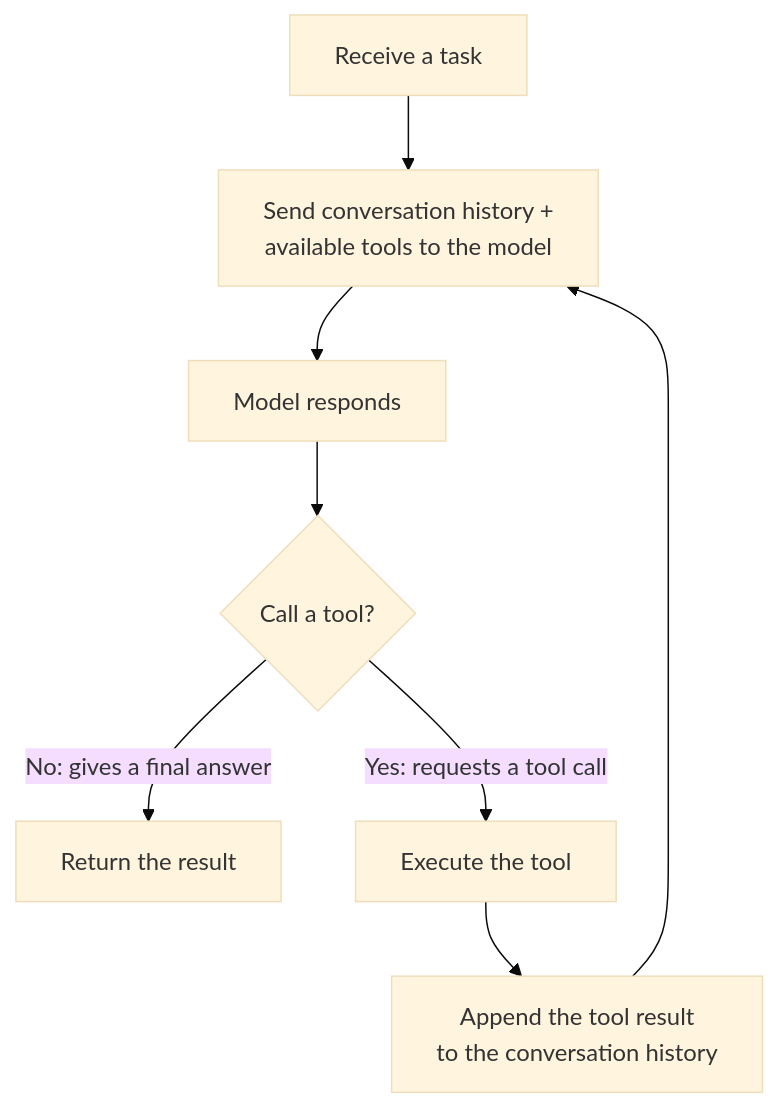
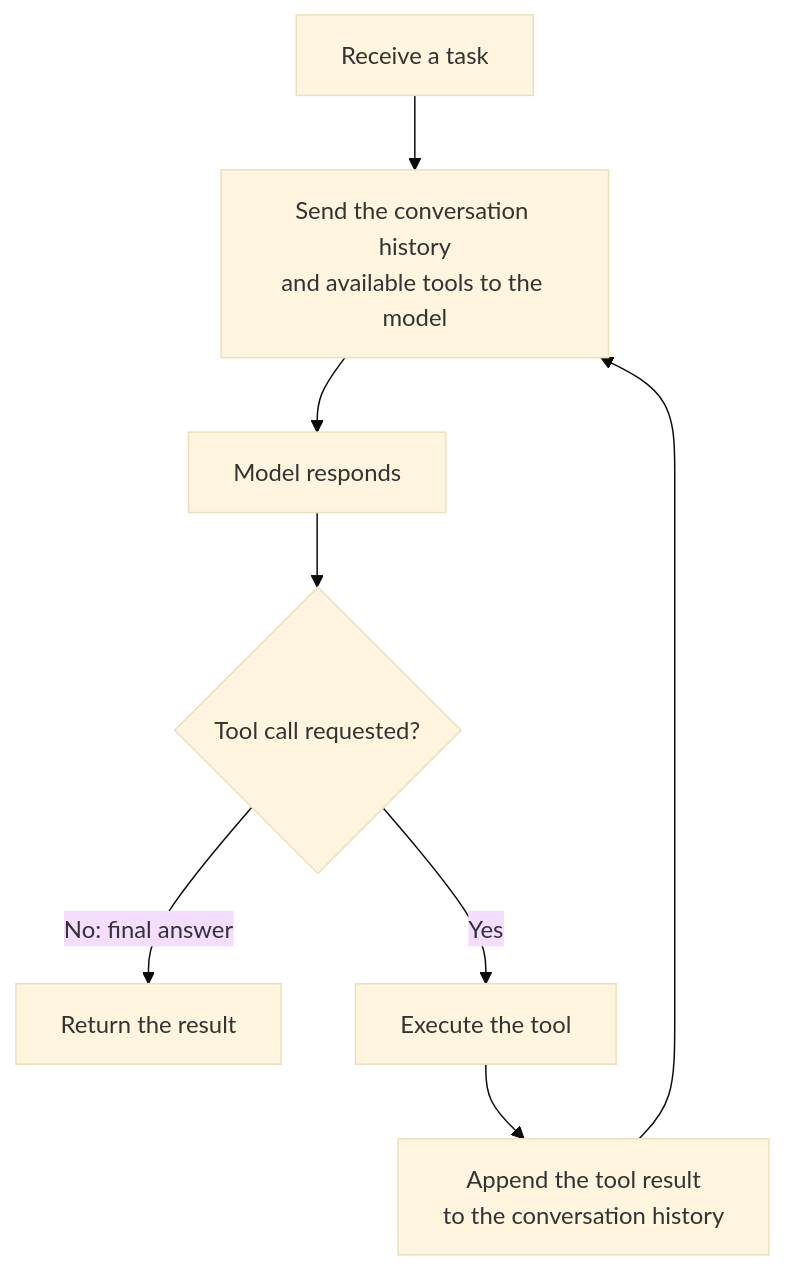
One commit to golang-design/under-the-hood changed the diagram in book/en-us/part6hetero/ch21agent/loop.md. Above: the diagram before and after it, drawn with Mermaid (base theme). The commit also changed other lines of this file and 18 other files, not shown here.

````diff
--- a/book/en-us/part6hetero/ch21agent/loop.md
+++ b/book/en-us/part6hetero/ch21agent/loop.md
@@ -14,10 +44,10 @@
 ```mermaid
 flowchart TD
-    start["Receive a task"] --> ctx["Send conversation history +<br/>available tools to the model"]
+    start["Receive a task"] --> ctx["Send the conversation history<br/>and available tools to the model"]
     ctx --> model["Model responds"]
-    model --> branch{"Call a tool?"}
-    branch -->|"No: gives a final answer"| done["Return the result"]
-    branch -->|"Yes: requests a tool call"| tool["Execute the tool"]
+    model --> branch{"Tool call requested?"}
+    branch -->|"No: final answer"| done["Return the result"]
+    branch -->|"Yes"| tool["Execute the tool"]
     tool --> append["Append the tool result<br/>to the conversation history"]
     append --> ctx
 ```
````
